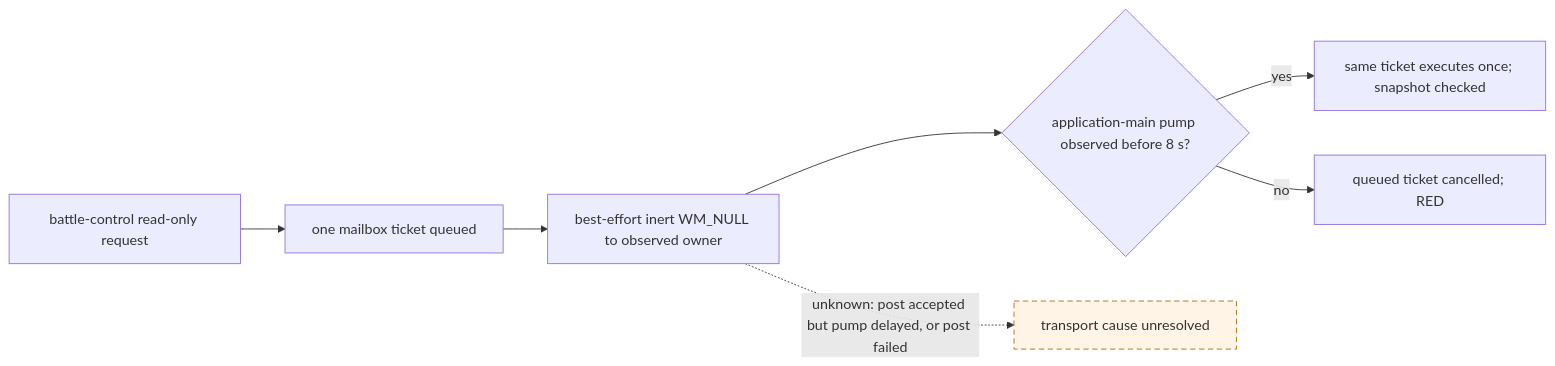
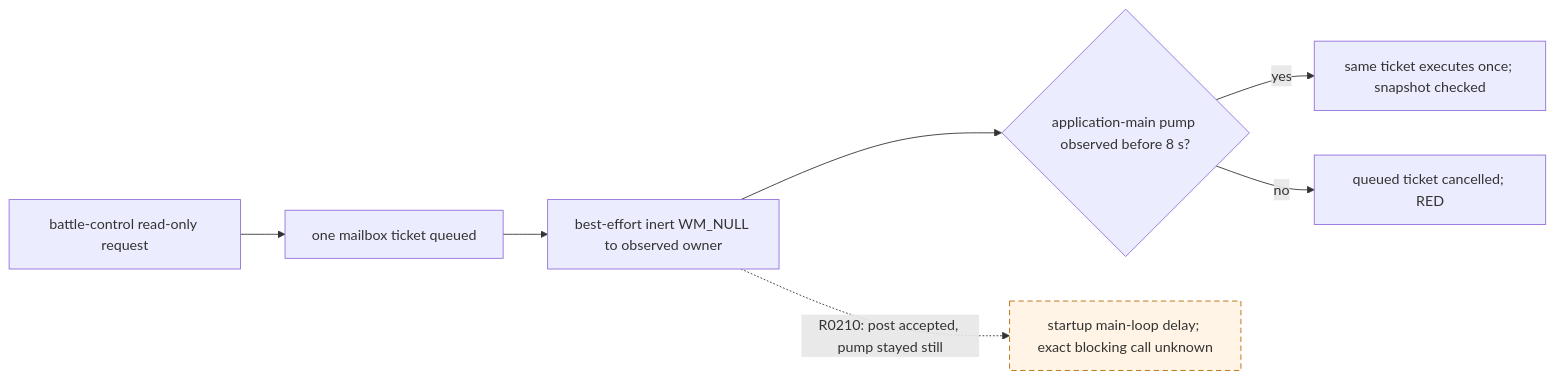
One commit to XenoAmess/ck3_eternal_recurrence changed the diagram in docs/ck3-native-ai/battle-control-queued-wake.md. Above: the diagram before and after it, drawn with Mermaid. The commit also changed other lines of this file and 5 other files, not shown here.

````diff
--- a/docs/ck3-native-ai/battle-control-queued-wake.md
+++ b/docs/ck3-native-ai/battle-control-queued-wake.md
@@ -11,11 +14,11 @@
 ```mermaid
 flowchart LR
     S["battle-control read-only request"] --> Q["one mailbox ticket queued"]
     Q --> W["best-effort inert WM_NULL to observed owner"]
     W --> P{"application-main pump observed before 8 s?"}
     P -->|yes| E["same ticket executes once; snapshot checked"]
     P -->|no| C["queued ticket cancelled; RED"]
-    W -. "unknown: post accepted but pump delayed, or post failed" .-> U["transport cause unresolved"]
+    W -. "R0210: post accepted, pump stayed still" .-> U["startup main-loop delay; exact blocking call unknown"]
     classDef unknown stroke-dasharray: 6 4,fill:#fff4e5,stroke:#b36b00;
     class U unknown;
 ```
````
